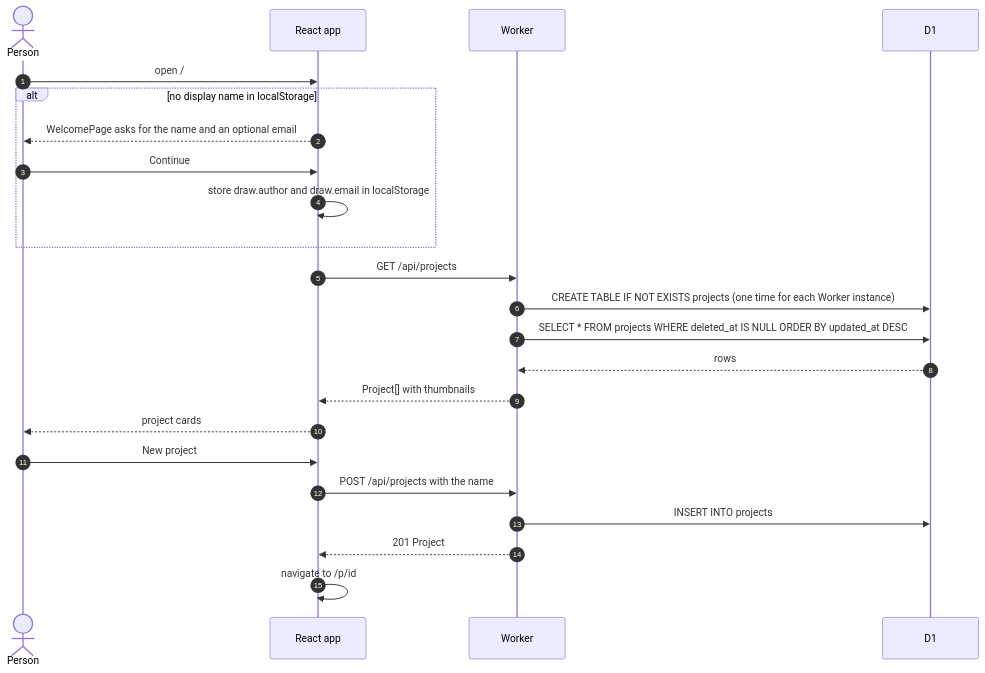
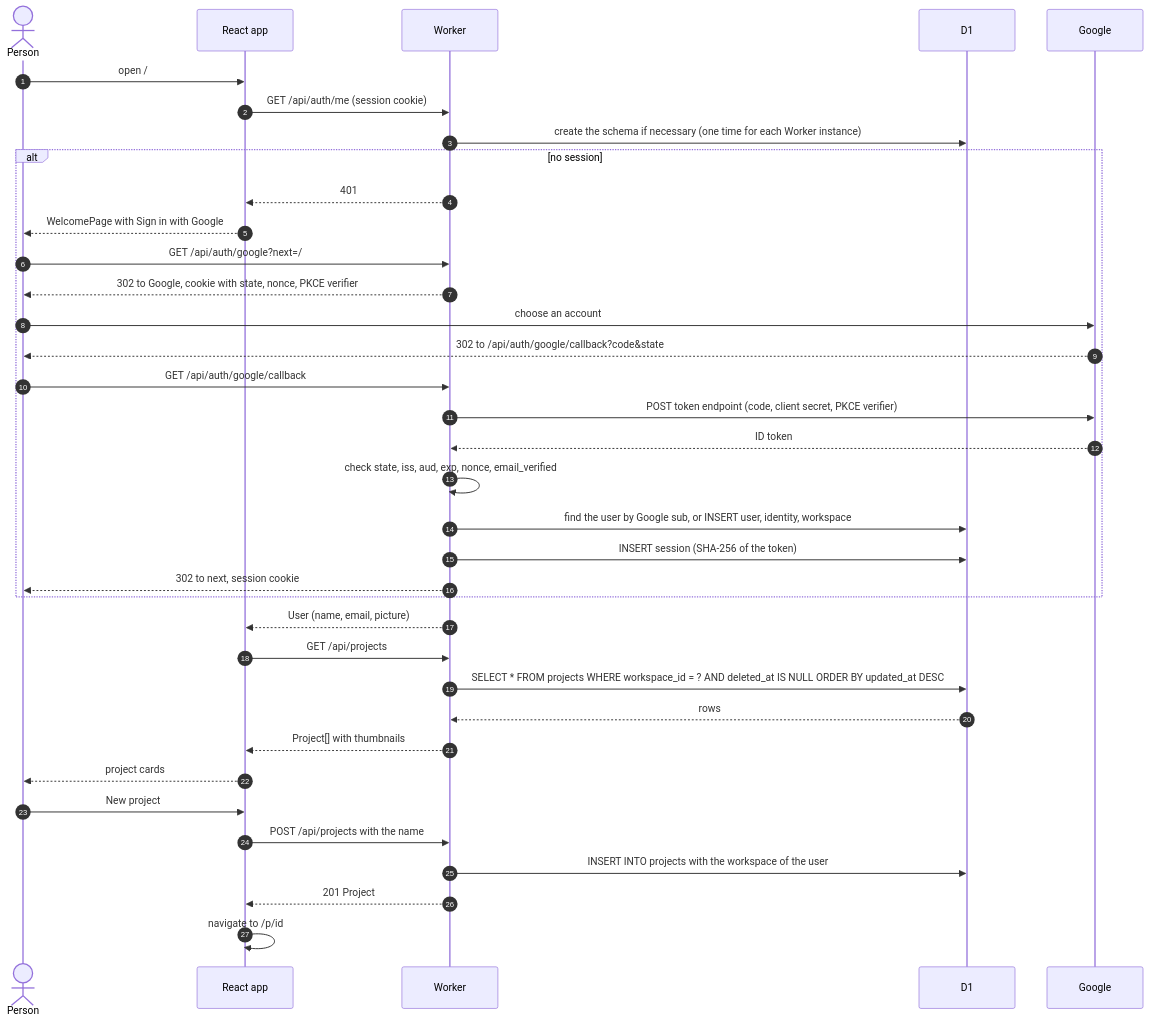
Before and after one commit to betty2310/draw: the first of 15 diagrams in docs/sequences.md, drawn with Mermaid. The commit also changed other lines of this file and 5 other files, not shown here.

First line of the commit message:
Document Google sign-in and workspaces

````diff
--- a/docs/sequences.md
+++ b/docs/sequences.md
@@ -38,26 +38,40 @@
 ```mermaid
 sequenceDiagram
   autonumber
   actor U as Person
   participant App as React app
   participant W as Worker
   participant D1
 
+  participant G as Google
+
   U->>App: open /
-  alt no display name in localStorage
-    App-->>U: WelcomePage asks for the name and an optional email
-    U->>App: Continue
-    App->>App: store draw.author and draw.email in localStorage
+  App->>W: GET /api/auth/me (session cookie)
+  W->>D1: create the schema if necessary (one time for each Worker instance)
+  alt no session
+    W-->>App: 401
+    App-->>U: WelcomePage with Sign in with Google
+    U->>W: GET /api/auth/google?next=/
+    W-->>U: 302 to Google, cookie with state, nonce, PKCE verifier
+    U->>G: choose an account
+    G-->>U: 302 to /api/auth/google/callback?code&state
+    U->>W: GET /api/auth/google/callback
+    W->>G: POST token endpoint (code, client secret, PKCE verifier)
+    G-->>W: ID token
+    W->>W: check state, iss, aud, exp, nonce, email_verified
+    W->>D1: find the user by Google sub, or INSERT user, identity, workspace
+    W->>D1: INSERT session (SHA-256 of the token)
+    W-->>U: 302 to next, session cookie
   end
+  W-->>App: User (name, email, picture)
   App->>W: GET /api/projects
-  W->>D1: CREATE TABLE IF NOT EXISTS projects (one time for each Worker instance)
-  W->>D1: SELECT * FROM projects WHERE deleted_at IS NULL ORDER BY updated_at DESC
+  W->>D1: SELECT * FROM projects WHERE workspace_id = ? AND deleted_at IS NULL ORDER BY updated_at DESC
   D1-->>W: rows
   W-->>App: Project[] with thumbnails
   App-->>U: project cards
   U->>App: New project
   App->>W: POST /api/projects with the name
-  W->>D1: INSERT INTO projects
+  W->>D1: INSERT INTO projects with the workspace of the user
   W-->>App: 201 Project
   App->>App: navigate to /p/id
 ```
````
